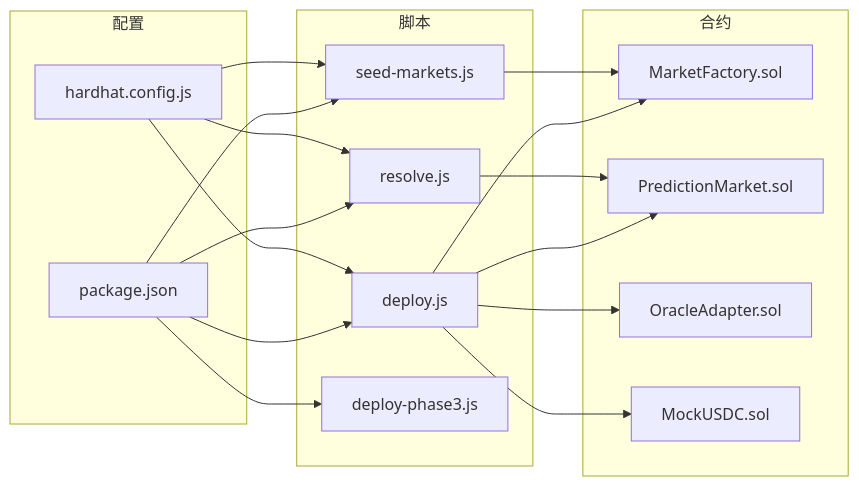
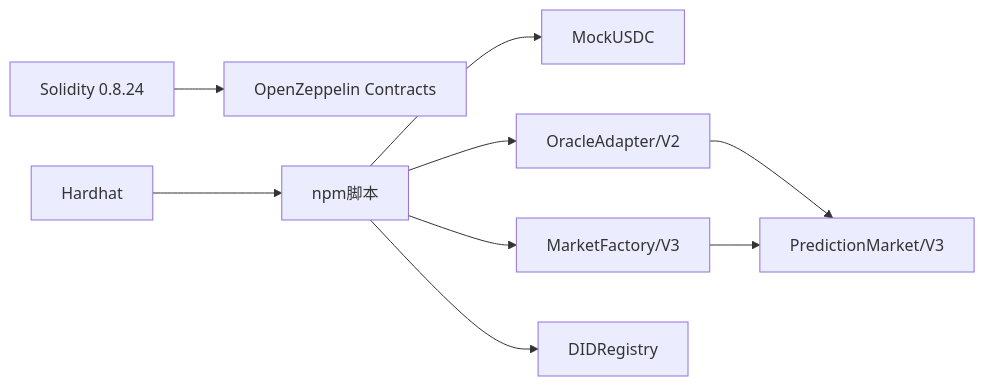
Before and after one commit to SimonHofman/PredictionDIDSimple: the eighth of 8 diagrams in contracts/.qoder/repowiki/zh/content/快速开始.md, drawn with Mermaid. The commit also changed other lines of this file and 162 other files, not shown here.

````diff
--- a/contracts/.qoder/repowiki/zh/content/快速开始.md
+++ b/contracts/.qoder/repowiki/zh/content/快速开始.md
@@ -316,32 +257,20 @@
 ```mermaid
 graph LR
-subgraph "脚本"
-DJS["deploy.js"]
-SJS["seed-markets.js"]
-RJS["resolve.js"]
-P3["deploy-phase3.js"]
-end
-subgraph "配置"
-PKG["package.json"]
-CFG["hardhat.config.js"]
-end
-subgraph "合约"
-MF["MarketFactory.sol"]
-PM["PredictionMarket.sol"]
-OA["OracleAdapter.sol"]
-USDC["MockUSDC.sol"]
-end
-PKG --> DJS
-PKG --> SJS
-PKG --> RJS
-PKG --> P3
-CFG --> DJS
-CFG --> SJS
-CFG --> RJS
-DJS --> MF
-DJS --> PM
-DJS --> OA
-DJS --> USDC
-SJS --> MF
-RJS --> PM
+SOL["Solidity 0.8.24"]
+OZ["OpenZeppelin Contracts"]
+HH["Hardhat"]
+NPM["npm脚本"]
+USDC["MockUSDC"]
+AD["OracleAdapter/V2"]
+FAC["MarketFactory/V3"]
+REG["DIDRegistry"]
+PM["PredictionMarket/V3"]
+SOL --> OZ
+HH --> NPM
+NPM --> USDC
+NPM --> AD
+NPM --> REG
+NPM --> FAC
+AD --> PM
+FAC --> PM
 ```
````
